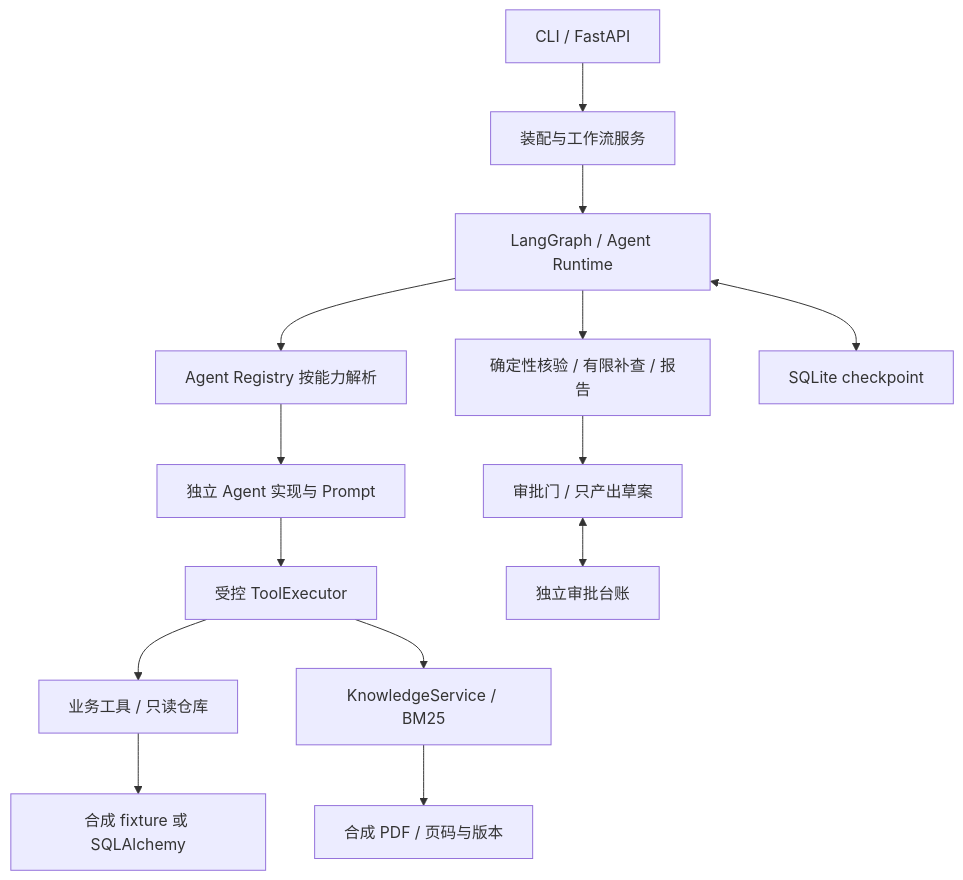
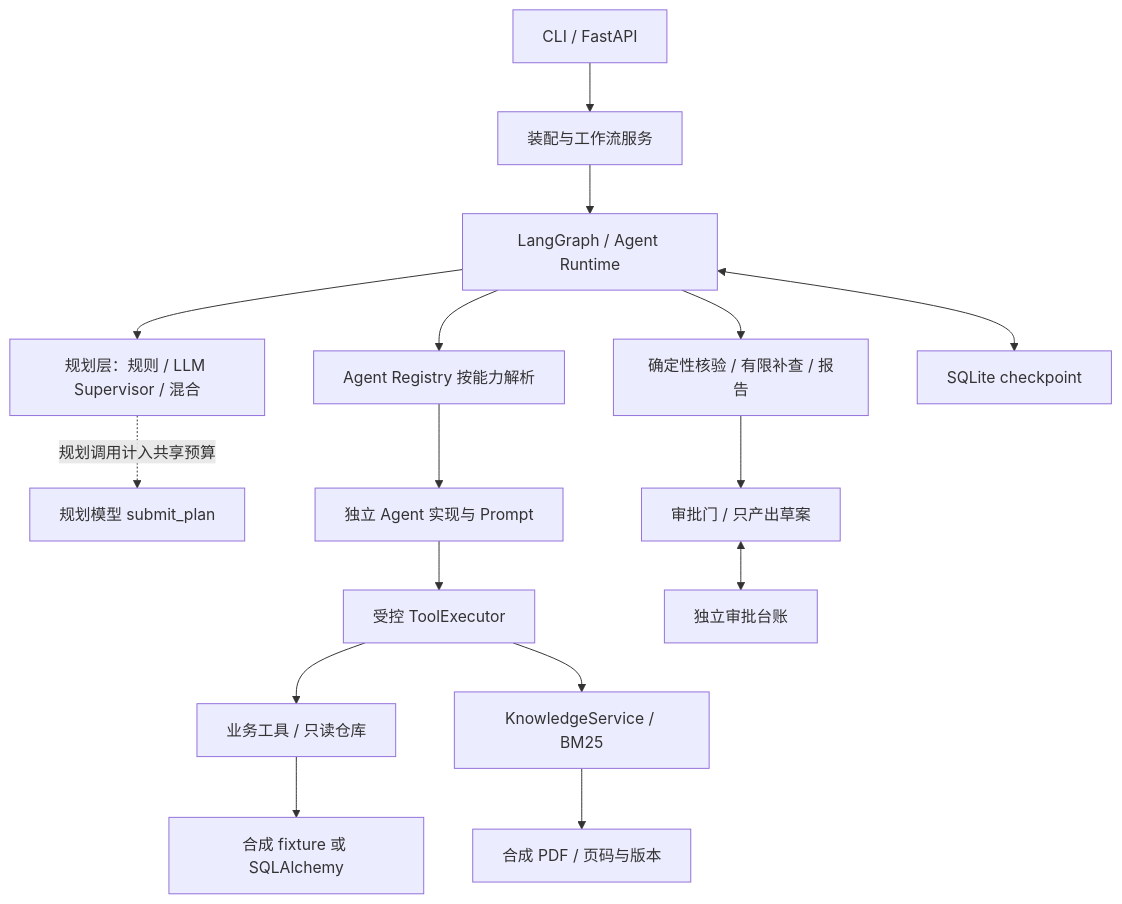
One commit to minatolog/commercial-property-multi-agent changed the diagram in docs/architecture/system_design.md. Above: the diagram before and after it, drawn with Mermaid. The commit also changed other lines of this file and 118 other files, not shown here.

First line of the commit message:
feat: 业务流程工作台（Task 032）与 LLM Supervisor 混合规划（Task 034）

````diff
--- a/docs/architecture/system_design.md
+++ b/docs/architecture/system_design.md
@@ -11,16 +11,18 @@
 ```mermaid
 flowchart TD
     U[CLI / FastAPI] --> O[装配与工作流服务]
     O --> G[LangGraph / Agent Runtime]
+    G --> P[规划层：规则 / LLM Supervisor / 混合]
+    P -.规划调用计入共享预算.-> M[规划模型 submit_plan]
     G --> R[Agent Registry 按能力解析]
     R --> A[独立 Agent 实现与 Prompt]
     A --> E[受控 ToolExecutor]
     E --> D[业务工具 / 只读仓库]
     E --> K[KnowledgeService / BM25]
     D --> F[合成 fixture 或 SQLAlchemy]
     K --> PDF[合成 PDF / 页码与版本]
     G --> V[确定性核验 / 有限补查 / 报告]
     V --> H[审批门 / 只产出草案]
     G <--> CP[SQLite checkpoint]
     H <--> AL[独立审批台账]
 ```
````
